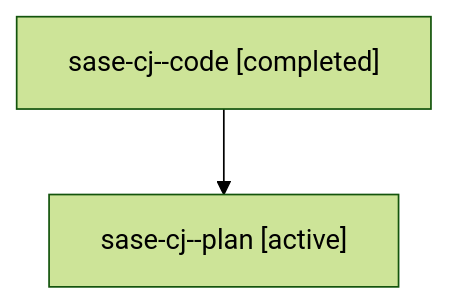
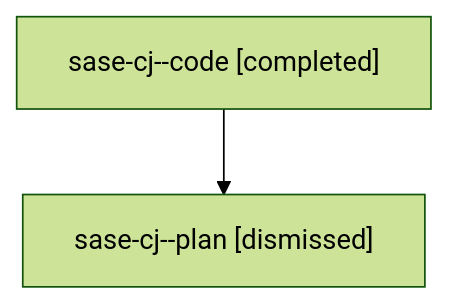
The diagram in sessions/bbugyi200.athena.sase-cj.md (sase-org/sase--agents), drawn with Mermaid (forest theme) before and after one commit. The commit also changed other lines of this file and 23 other files, not shown here.

````diff
--- a/sessions/bbugyi200.athena.sase-cj.md
+++ b/sessions/bbugyi200.athena.sase-cj.md
@@ -9,6 +9,6 @@
 ```mermaid
 flowchart TD
   n0["sase-cj--code [completed]"]
-  n1["sase-cj--plan [active]"]
+  n1["sase-cj--plan [dismissed]"]
   n0 --> n1
 ```
````
